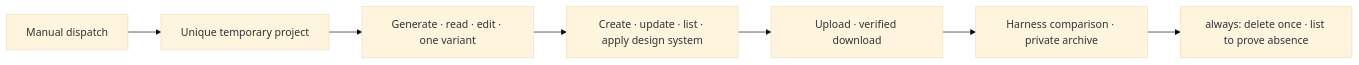
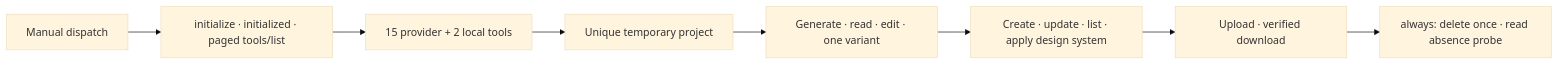
One commit to full-stack-plugins/stitch-design-plugin changed the diagram in docs/live-canary-acceptance.md. Above: the diagram before and after it, drawn with Mermaid (base theme). The commit also changed other lines of this file and 13 other files, not shown here.

````diff
--- a/docs/live-canary-acceptance.md
+++ b/docs/live-canary-acceptance.md
@@ -17,9 +19,10 @@
 ```mermaid
 flowchart LR
-    Dispatch["Manual dispatch"] --> Create["Unique temporary project"]
-    Create --> Screen["Generate · read · edit · one variant"]
+    Dispatch["Manual dispatch"] --> Protocol["initialize · initialized · paged tools/list"]
+    Protocol --> Catalog["15 provider + 2 local tools"]
+    Catalog --> Project["Unique temporary project"]
+    Project --> Screen["Generate · read · edit · one variant"]
     Screen --> System["Create · update · list · apply design system"]
     System --> Assets["Upload · verified download"]
-    Assets --> Harness["Harness comparison · private archive"]
-    Harness --> Cleanup["always: delete once · list to prove absence"]
+    Assets --> Cleanup["always: delete once · read absence probe"]
 ```
````
